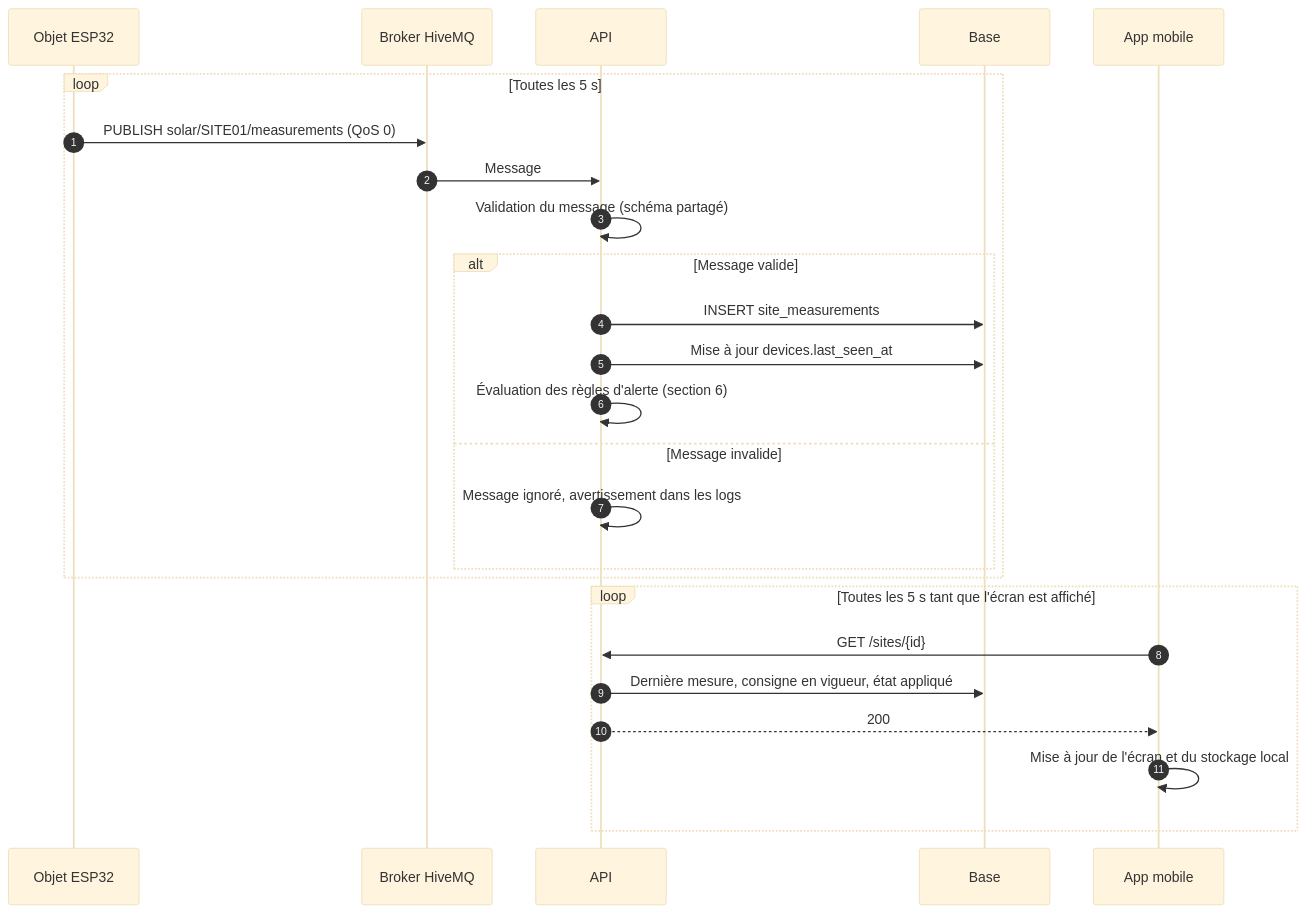
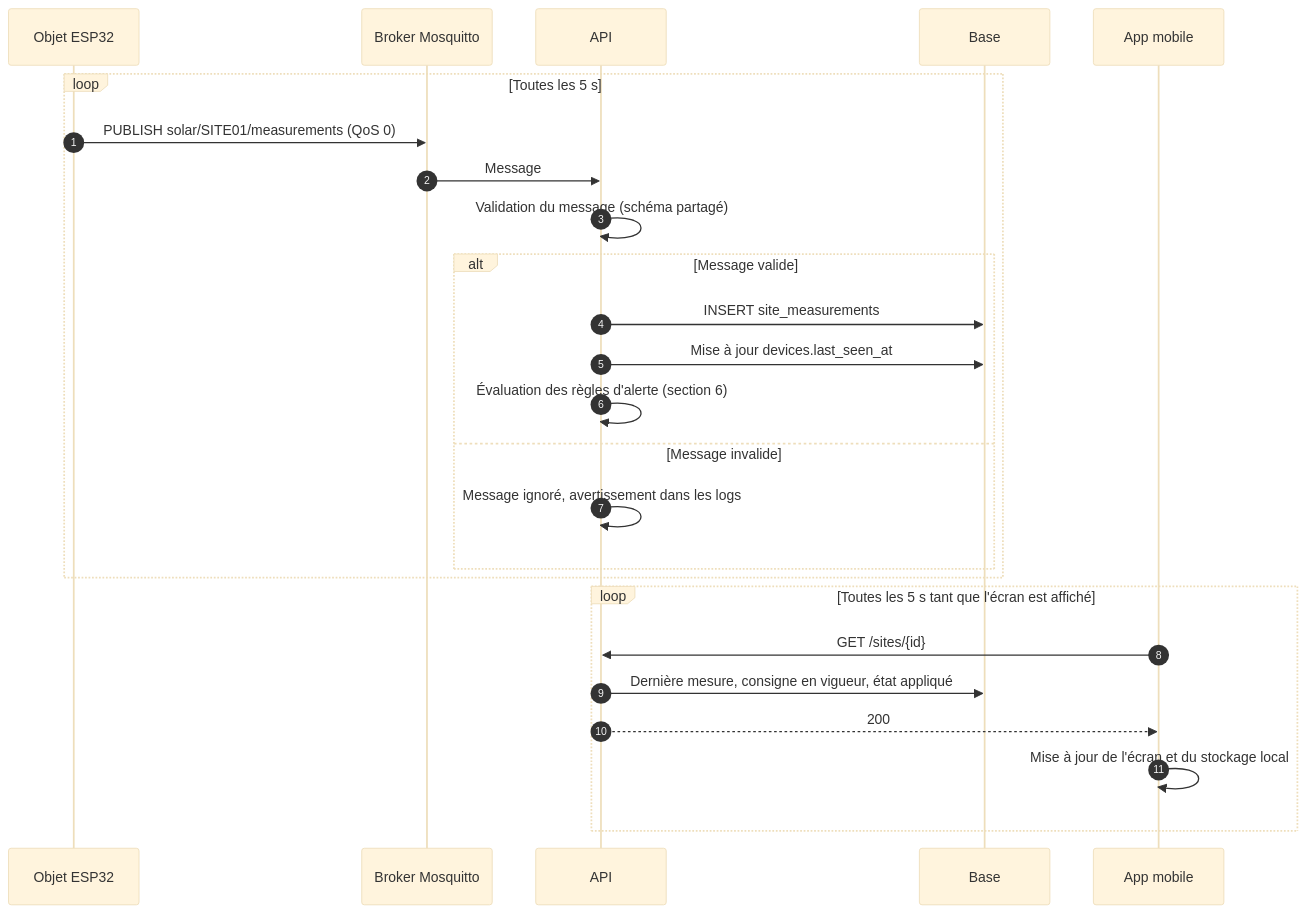
One commit to SamuelLnds/proj-app-mobile-co changed the fourth of 12 diagrams in docs/conception/02-uml.md. Above: the diagram before and after it, drawn with Mermaid (base theme). The commit also changed other lines of this file and 116 other files, not shown here.

````diff
--- a/docs/conception/02-uml.md
+++ b/docs/conception/02-uml.md
@@ -243,29 +243,29 @@
 ```mermaid
 sequenceDiagram
   autonumber
   participant D as Objet ESP32
-  participant B as Broker HiveMQ
+  participant B as Broker Mosquitto
   participant API as API
   participant DB as Base
   participant App as App mobile
 
   loop Toutes les 5 s
     D->>B: PUBLISH solar/SITE01/measurements (QoS 0)
     B->>API: Message
     API->>API: Validation du message (schéma partagé)
     alt Message valide
       API->>DB: INSERT site_measurements
       API->>DB: Mise à jour devices.last_seen_at
       API->>API: Évaluation des règles d'alerte (section 6)
     else Message invalide
       API->>API: Message ignoré, avertissement dans les logs
     end
   end
 
   loop Toutes les 5 s tant que l'écran est affiché
     App->>API: GET /sites/{id}
     API->>DB: Dernière mesure, consigne en vigueur, état appliqué
     API-->>App: 200
     App->>App: Mise à jour de l'écran et du stockage local
   end
 ```
````
